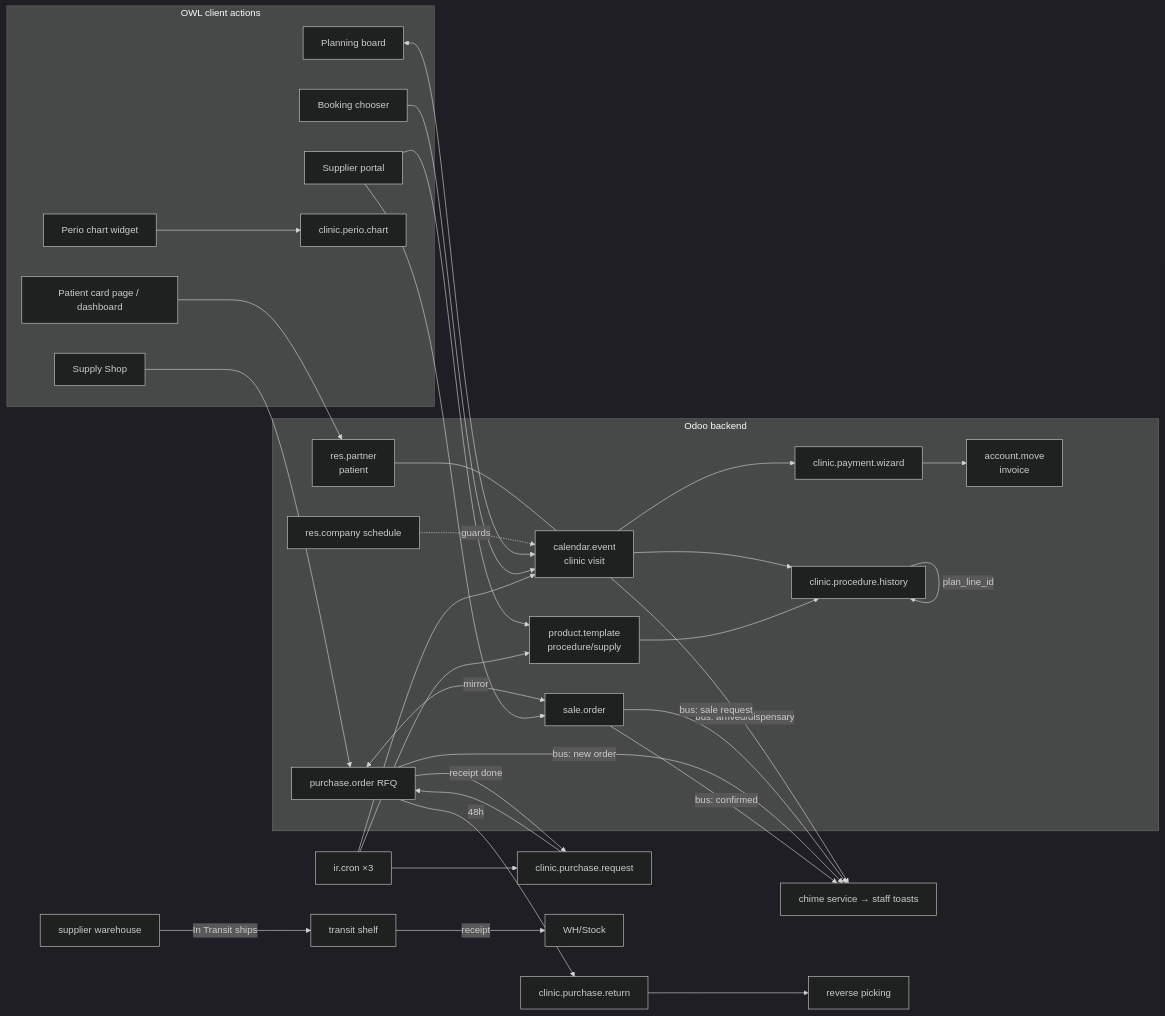
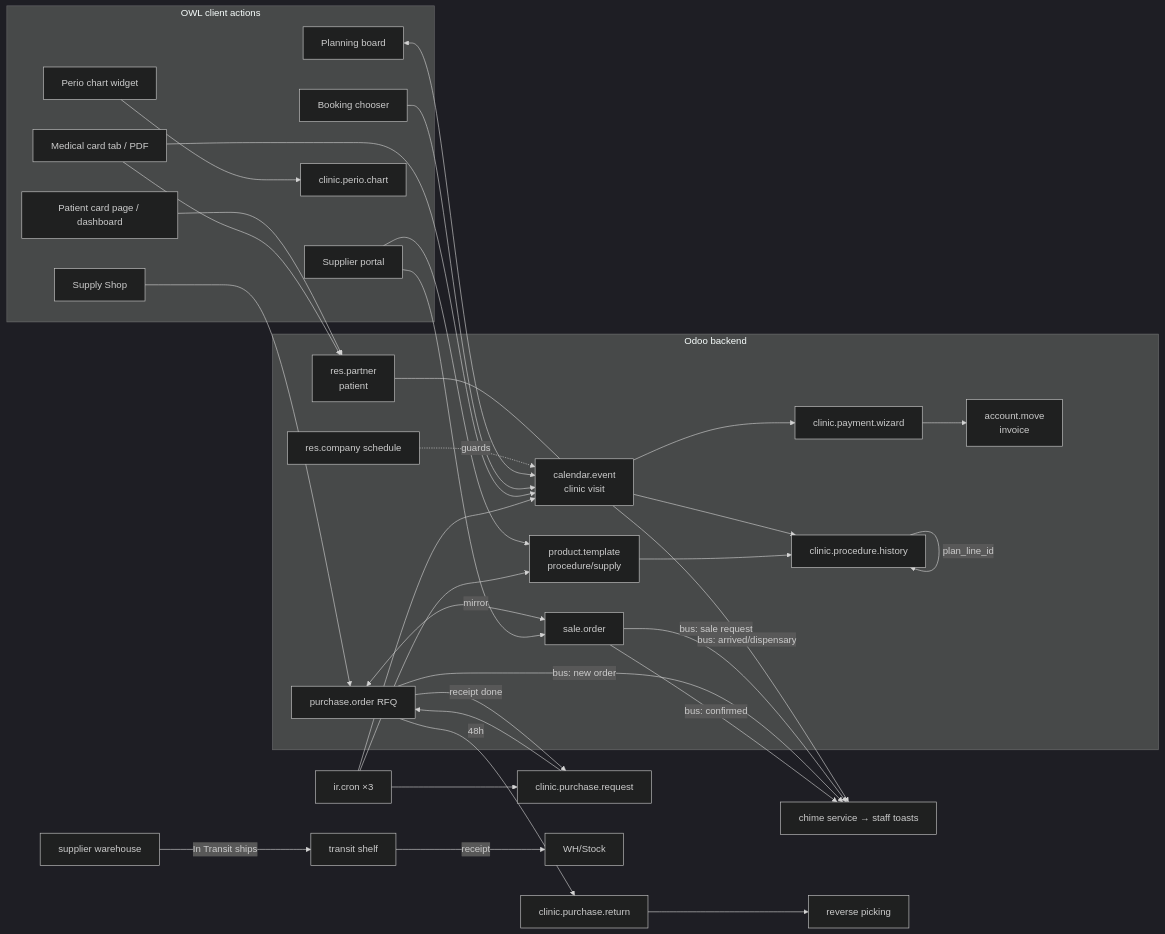
The diagram in docs/ARCHITECTURE.md (refreshg/clinic), drawn with Mermaid (dark theme) before and after one commit. The commit also changed other lines of this file and 23 other files, not shown here.

First line of the commit message:
feat(clinic): medical card IV-220/a, complaints mapped to the form, objective checkboxes, treatment plan for non-clients (D-49, D-50)

````diff
--- a/docs/ARCHITECTURE.md
+++ b/docs/ARCHITECTURE.md
@@ -48,30 +49,32 @@
 ```mermaid
 flowchart LR
   subgraph Backend[Odoo backend]
     RP[res.partner<br/>patient] --- CE[calendar.event<br/>clinic visit]
     CE --> PH[clinic.procedure.history]
     CE --> PW[clinic.payment.wizard] --> AM[account.move<br/>invoice]
     CO[res.company schedule] -. guards .-> CE
     PT[product.template<br/>procedure/supply] --> PH
     PO[purchase.order RFQ] <-- mirror --> SO[sale.order]
   end
   subgraph OWL[OWL client actions]
     PB[Planning board] <--> CE
     SS[Supply Shop] --> PO
     SP[Supplier portal] --> PT
     SP --> SO
     PCP[Patient card page / dashboard] --> RP
     BC[Booking chooser] --> CE
     PCW[Perio chart widget] --> PC[clinic.perio.chart]
+    MC[Medical card tab / PDF] --> RP
+    MC --> CE
   end
   PH -- plan_line_id --> PH
   CE -- bus: arrived/dispensary --> CH[chime service → staff toasts]
   SO -- bus: sale request --> CH
   PO -- bus: new order --> CH
   SO -- bus: confirmed --> CH
   PRQ[clinic.purchase.request] --> PO
   PO -- 48h --> RET[clinic.purchase.return] --> ST[reverse picking]
   SUP[supplier warehouse] -- In Transit ships --> TR[transit shelf] -- receipt --> WH2[WH/Stock]
   PO -- receipt done --> PRQ
   CRON[ir.cron ×3] --> CE & PT & PRQ
 ```
````
